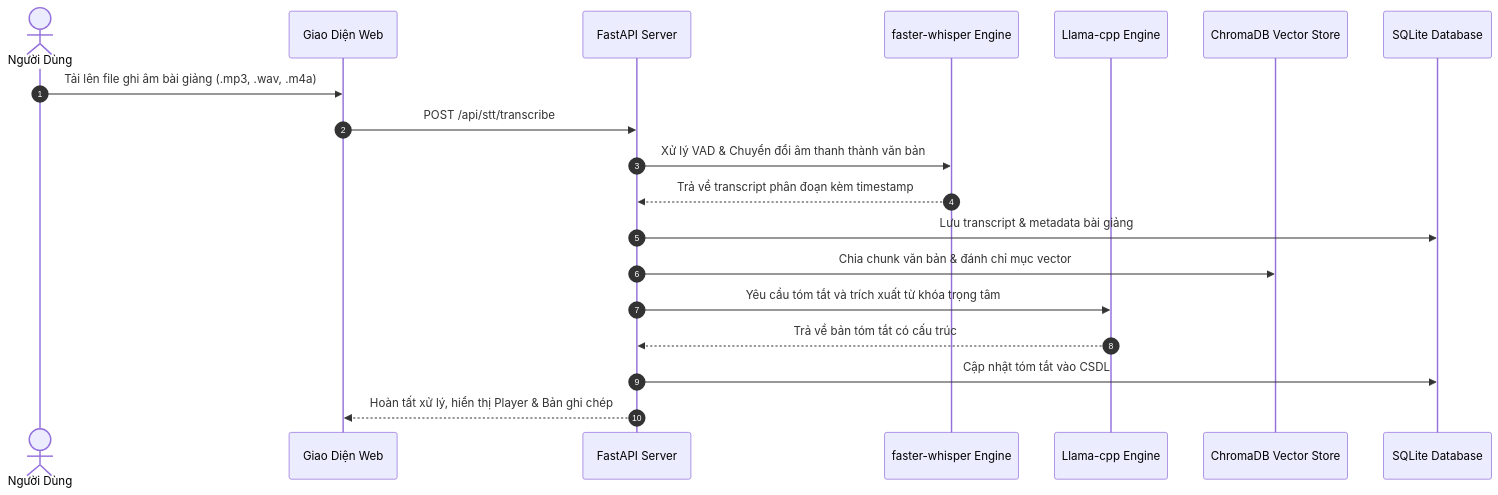
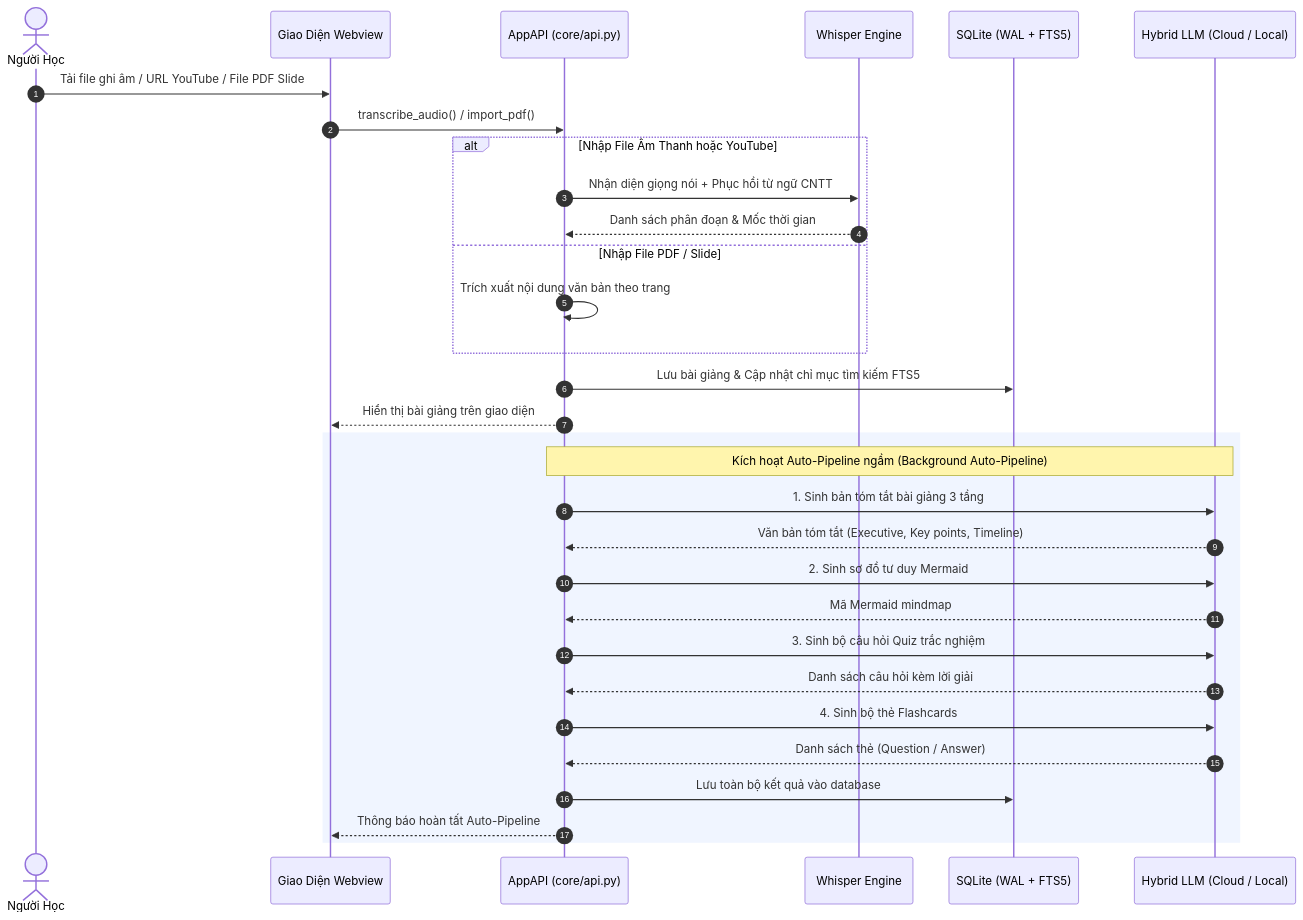
One commit to dargits/Openmind changed the second of 3 diagrams in docs/architecture.md. Above: the diagram before and after it, drawn with Mermaid. The commit also changed other lines of this file and 8 other files, not shown here.

First line of the commit message:
docs: tái cấu trúc toàn diện tài liệu kỹ thuật, dọn dẹp kho lưu trữ và tối ưu bộ tiêu chí chấm mã nguồn PoF 2026

````diff
--- a/docs/architecture.md
+++ b/docs/architecture.md
@@ -105,22 +129,35 @@
 ```mermaid
 sequenceDiagram
     autonumber
-    actor User as Người Dùng
-    participant UI as Giao Diện Web
-    participant API as FastAPI Server
-    participant STT as faster-whisper Engine
-    participant LLM as Llama-cpp Engine
-    participant RAG as ChromaDB Vector Store
-    participant DB as SQLite Database
+    actor User as Người Học
+    participant UI as Giao Diện Webview
+    participant API as AppAPI (core/api.py)
+    participant STT as Whisper Engine
+    participant DB as SQLite (WAL + FTS5)
+    participant LLM as Hybrid LLM (Cloud / Local)
 
-    User->>UI: Tải lên file ghi âm bài giảng (.mp3, .wav, .m4a)
-    UI->>API: POST /api/stt/transcribe
-    API->>STT: Xử lý VAD & Chuyển đổi âm thanh thành văn bản
-    STT-->>API: Trả về transcript phân đoạn kèm timestamp
-    API->>DB: Lưu transcript & metadata bài giảng
-    API->>RAG: Chia chunk văn bản & đánh chỉ mục vector
-    API->>LLM: Yêu cầu tóm tắt và trích xuất từ khóa trọng tâm
-    LLM-->>API: Trả về bản tóm tắt có cấu trúc
-    API->>DB: Cập nhật tóm tắt vào CSDL
-    API-->>UI: Hoàn tất xử lý, hiển thị Player & Bản ghi chép
+    User->>UI: Tải file ghi âm / URL YouTube / File PDF Slide
+    UI->>API: transcribe_audio() / import_pdf()
+    alt Nhập File Âm Thanh hoặc YouTube
+        API->>STT: Nhận diện giọng nói + Phục hồi từ ngữ CNTT
+        STT-->>API: Danh sách phân đoạn & Mốc thời gian
+    else Nhập File PDF / Slide
+        API->>API: Trích xuất nội dung văn bản theo trang
+    end
+    API->>DB: Lưu bài giảng & Cập nhật chỉ mục tìm kiếm FTS5
+    API-->>UI: Hiển thị bài giảng trên giao diện
+    
+    rect rgb(240, 245, 255)
+        Note over API,LLM: Kích hoạt Auto-Pipeline ngầm (Background Auto-Pipeline)
+        API->>LLM: 1. Sinh bản tóm tắt bài giảng 3 tầng
+        LLM-->>API: Văn bản tóm tắt (Executive, Key points, Timeline)
+        API->>LLM: 2. Sinh sơ đồ tư duy Mermaid
+        LLM-->>API: Mã Mermaid mindmap
+        API->>LLM: 3. Sinh bộ câu hỏi Quiz trắc nghiệm
+        LLM-->>API: Danh sách câu hỏi kèm lời giải
+        API->>LLM: 4. Sinh bộ thẻ Flashcards
+        LLM-->>API: Danh sách thẻ (Question / Answer)
+        API->>DB: Lưu toàn bộ kết quả vào database
+        API-->>UI: Thông báo hoàn tất Auto-Pipeline
+    end
 ```
````
